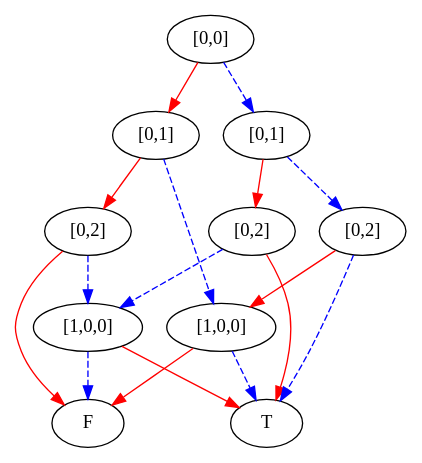
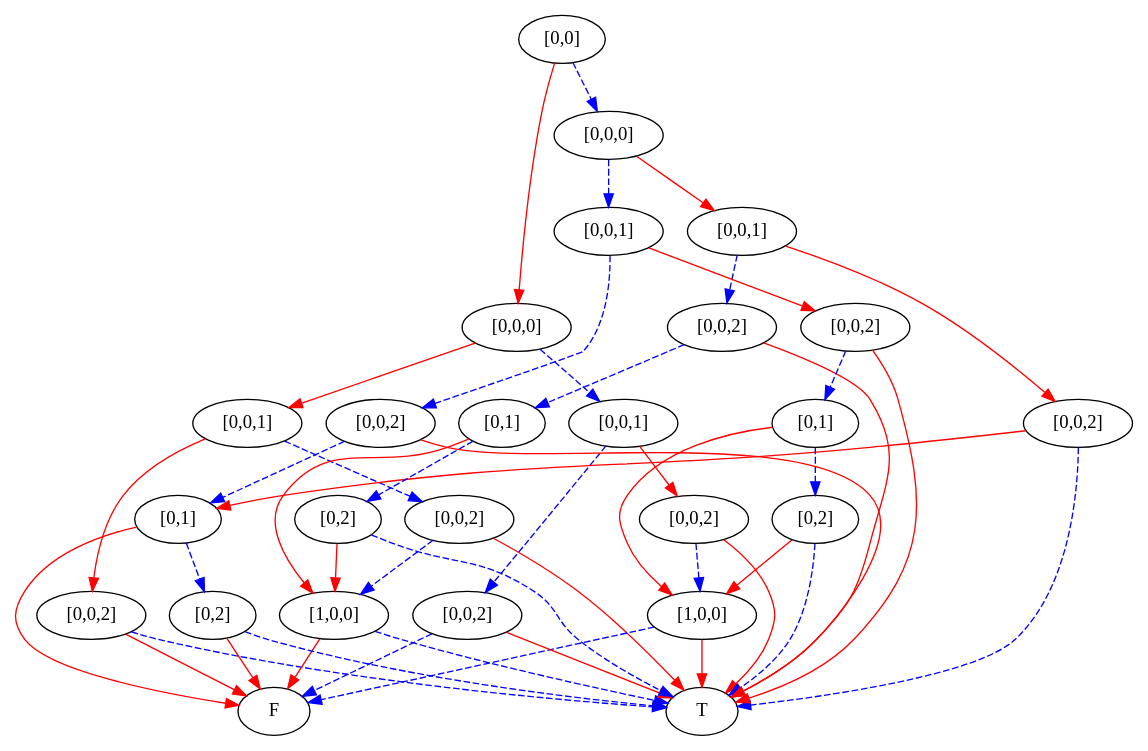
Before and after one commit to mburyakov/minxmod: the diagram in simpleProgram1states.dot, drawn with Graphviz. The commit also changed 5 other files, not shown here.

```diff
--- a/simpleProgram1states.dot
+++ b/simpleProgram1states.dot
@@ -1,36 +1,96 @@
 digraph {
     1 [label=F];
     2 [label=T];
-    3 [label="[1,0,0]"];
-    4 [label="[0,2]"];
-    5 [label="[1,0,0]"];
-    6 [label="[0,1]"];
-    7 [label="[0,2]"];
-    8 [label="[0,2]"];
-    9 [label="[0,1]"];
-    10 [label="[0,0]"];
-    3 -> 1 [style=dashed
+    3 [label="[0,0,2]"];
+    4 [label="[1,0,0]"];
+    5 [label="[0,0,2]"];
+    6 [label="[0,0,1]"];
+    7 [label="[1,0,0]"];
+    8 [label="[0,0,2]"];
+    9 [label="[0,0,2]"];
+    10 [label="[0,0,1]"];
+    11 [label="[0,0,0]"];
+    12 [label="[0,2]"];
+    13 [label="[0,1]"];
+    14 [label="[0,0,2]"];
+    15 [label="[0,2]"];
+    16 [label="[0,1]"];
+    17 [label="[0,0,2]"];
+    18 [label="[0,0,1]"];
+    19 [label="[0,2]"];
+    20 [label="[0,1]"];
+    21 [label="[0,0,2]"];
+    22 [label="[0,0,2]"];
+    23 [label="[0,0,1]"];
+    24 [label="[0,0,0]"];
+    25 [label="[0,0]"];
+    3 -> 2 [style=dashed
            ,color=blue];
-    3 -> 2 [color=red];
-    4 -> 3 [style=dashed
+    3 -> 1 [color=red];
+    4 -> 2 [style=dashed
            ,color=blue];
     4 -> 1 [color=red];
-    5 -> 2 [style=dashed
+    5 -> 4 [style=dashed
            ,color=blue];
-    5 -> 1 [color=red];
-    6 -> 4 [color=red];
+    5 -> 2 [color=red];
+    6 -> 3 [color=red];
     6 -> 5 [style=dashed
            ,color=blue];
-    7 -> 3 [style=dashed
+    7 -> 1 [style=dashed
            ,color=blue];
     7 -> 2 [color=red];
-    8 -> 5 [color=red];
-    8 -> 2 [style=dashed
+    8 -> 7 [style=dashed
            ,color=blue];
-    9 -> 7 [color=red];
-    9 -> 8 [style=dashed
+    8 -> 2 [color=red];
+    9 -> 1 [style=dashed
            ,color=blue];
-    10 -> 6 [color=red];
+    9 -> 2 [color=red];
+    10 -> 8 [color=red];
     10 -> 9 [style=dashed
             ,color=blue];
+    11 -> 6 [color=red];
+    11 -> 10 [style=dashed
+             ,color=blue];
+    12 -> 2 [style=dashed
+            ,color=blue];
+    12 -> 1 [color=red];
+    13 -> 12 [style=dashed
+             ,color=blue];
+    13 -> 1 [color=red];
+    14 -> 13 [color=red];
+    14 -> 2 [style=dashed
+            ,color=blue];
+    15 -> 4 [color=red];
+    15 -> 2 [style=dashed
+            ,color=blue];
+    16 -> 4 [color=red];
+    16 -> 15 [style=dashed
+             ,color=blue];
+    17 -> 16 [style=dashed
+             ,color=blue];
+    17 -> 2 [color=red];
+    18 -> 14 [color=red];
+    18 -> 17 [style=dashed
+             ,color=blue];
+    19 -> 7 [color=red];
+    19 -> 2 [style=dashed
+            ,color=blue];
+    20 -> 7 [color=red];
+    20 -> 19 [style=dashed
+             ,color=blue];
+    21 -> 20 [style=dashed
+             ,color=blue];
+    21 -> 2 [color=red];
+    22 -> 13 [style=dashed
+             ,color=blue];
+    22 -> 2 [color=red];
+    23 -> 21 [color=red];
+    23 -> 22 [style=dashed
+             ,color=blue];
+    24 -> 18 [color=red];
+    24 -> 23 [style=dashed
+             ,color=blue];
+    25 -> 11 [color=red];
+    25 -> 24 [style=dashed
+             ,color=blue];
 }
```
